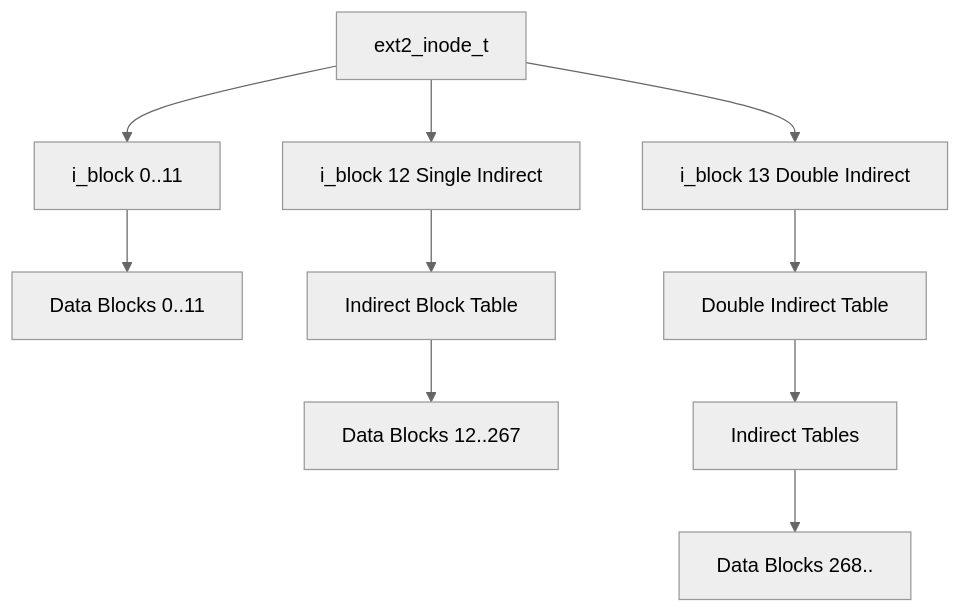
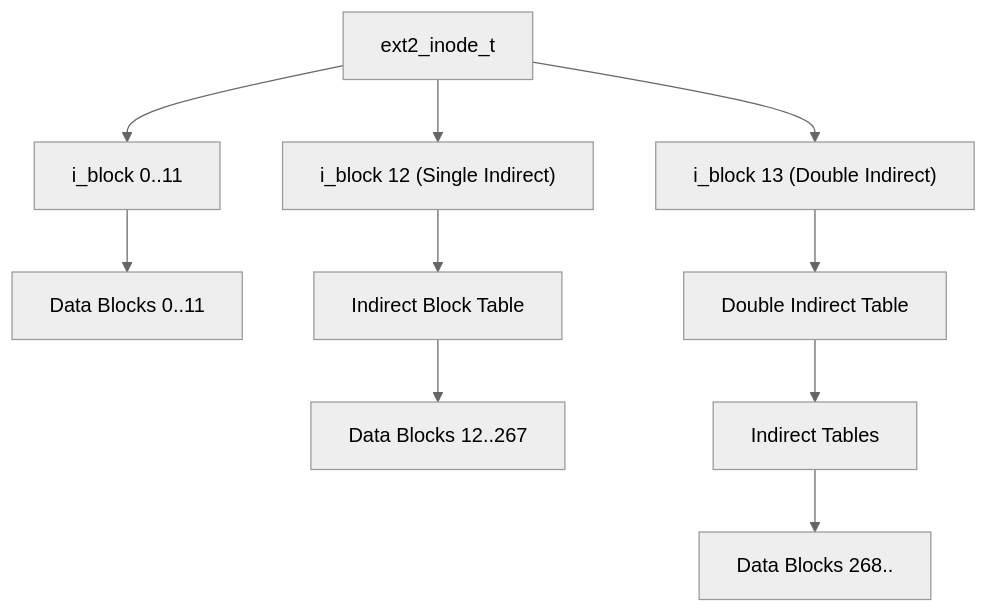
Before and after one commit to vikman90/bangos: the second of 2 diagrams in docs/13-vfs-and-ext2.md, drawn with Mermaid (neutral theme). The commit also changed other lines of this file and 4 other files, not shown here.

First line of the commit message:
fix(docs): correct Mermaid diagram syntax across documentation

````diff
--- a/docs/13-vfs-and-ext2.md
+++ b/docs/13-vfs-and-ext2.md
@@ -94,6 +94,14 @@
 ```mermaid
-graph TD
-    Inode[ext2_inode_t] --> Direct[i_block 0..11] --> DBlk[Data Blocks 0..11]
-    Inode --> SInd[i_block 12 Single Indirect] --> SIndBlk[Indirect Block Table] --> DBlk2[Data Blocks 12..267]
-    Inode --> DInd[i_block 13 Double Indirect] --> DIndBlk[Double Indirect Table] --> SIndBlk2[Indirect Tables] --> DBlk3[Data Blocks 268..]
+flowchart TD
+    Inode["ext2_inode_t"] --> Direct["i_block 0..11"]
+    Direct --> DBlk["Data Blocks 0..11"]
+    
+    Inode --> SInd["i_block 12 (Single Indirect)"]
+    SInd --> SIndBlk["Indirect Block Table"]
+    SIndBlk --> DBlk2["Data Blocks 12..267"]
+    
+    Inode --> DInd["i_block 13 (Double Indirect)"]
+    DInd --> DIndBlk["Double Indirect Table"]
+    DIndBlk --> SIndBlk2["Indirect Tables"]
+    SIndBlk2 --> DBlk3["Data Blocks 268.."]
 ```
````
